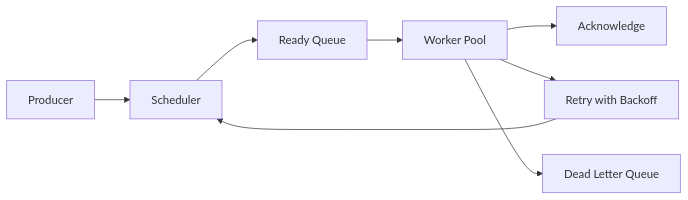
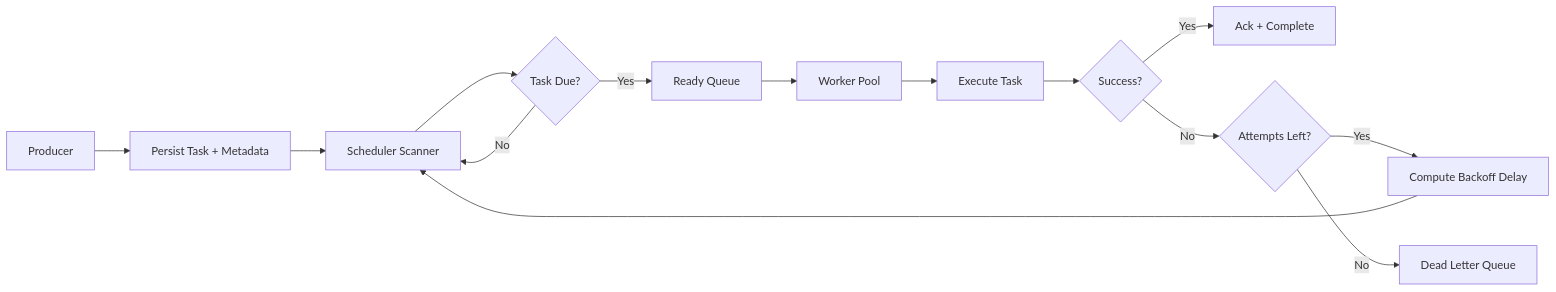
Before and after one commit to DiacencoDumitru/distributed-task-scheduler: the diagram in README.md, drawn with Mermaid.

Commit message:
docs: strengthen architecture flowchart in readme

````diff
--- a/README.md
+++ b/README.md
@@ -22,10 +22,16 @@
 ```mermaid
 flowchart LR
-    Producer["Producer"] --> Scheduler["Scheduler"]
-    Scheduler --> ReadyQueue["Ready Queue"]
+    Producer["Producer"] --> Persist["Persist Task + Metadata"]
+    Persist --> Scheduler["Scheduler Scanner"]
+    Scheduler --> DueCheck{"Task Due?"}
+    DueCheck -->|No| Scheduler
+    DueCheck -->|Yes| ReadyQueue["Ready Queue"]
     ReadyQueue --> Worker["Worker Pool"]
-    Worker --> Ack["Acknowledge"]
-    Worker --> Retry["Retry with Backoff"]
-    Retry --> Scheduler
-    Worker --> DLQ["Dead Letter Queue"]
+    Worker --> Execute["Execute Task"]
+    Execute --> Result{"Success?"}
+    Result -->|Yes| Ack["Ack + Complete"]
+    Result -->|No| RetryCheck{"Attempts Left?"}
+    RetryCheck -->|Yes| Backoff["Compute Backoff Delay"]
+    Backoff --> Scheduler
+    RetryCheck -->|No| DLQ["Dead Letter Queue"]
 ```
````
